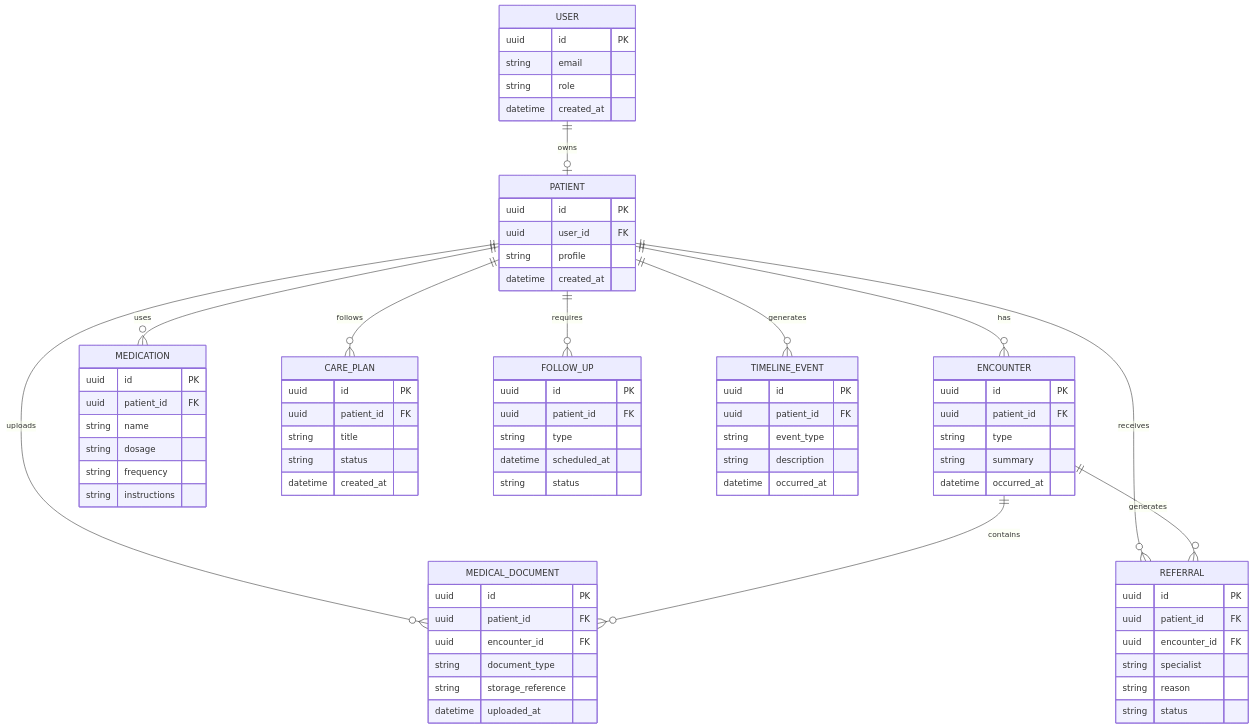
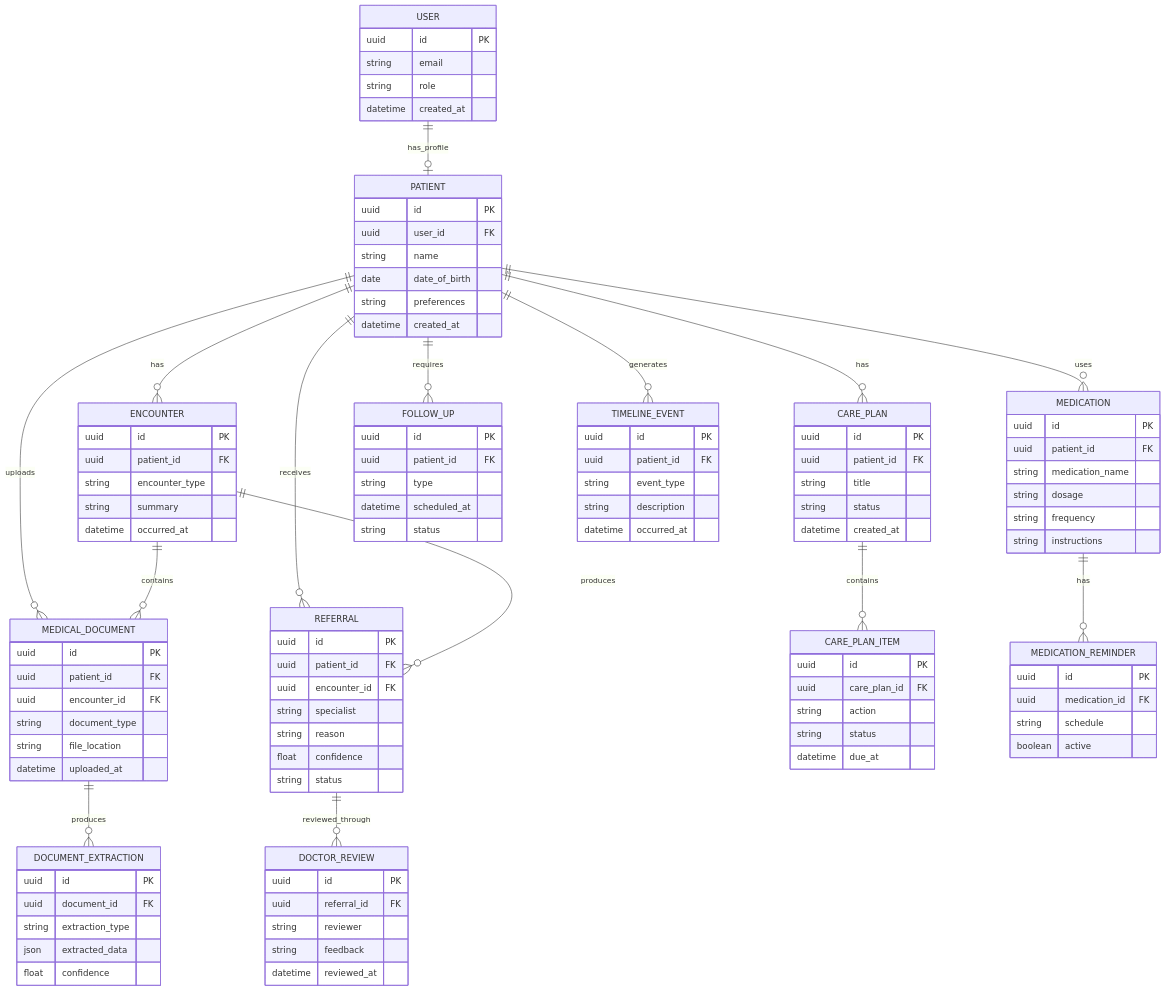
The ninth of 16 diagrams in README.md (IlIGODIlI/CarePath-AI), drawn with Mermaid before and after one commit. The commit also changed other lines of this file, not shown here.

````diff
--- a/README.md
+++ b/README.md
@@ -800,89 +731,111 @@
 ```mermaid
 erDiagram
-
-    USER ||--o| PATIENT : owns
-
+    USER ||--o| PATIENT : has_profile
     PATIENT ||--o{ ENCOUNTER : has
     PATIENT ||--o{ MEDICAL_DOCUMENT : uploads
     PATIENT ||--o{ MEDICATION : uses
     PATIENT ||--o{ REFERRAL : receives
-    PATIENT ||--o{ CARE_PLAN : follows
+    PATIENT ||--o{ CARE_PLAN : has
     PATIENT ||--o{ FOLLOW_UP : requires
     PATIENT ||--o{ TIMELINE_EVENT : generates
-
     ENCOUNTER ||--o{ MEDICAL_DOCUMENT : contains
-    ENCOUNTER ||--o{ REFERRAL : generates
-
+    ENCOUNTER ||--o{ REFERRAL : produces
+    MEDICAL_DOCUMENT ||--o{ DOCUMENT_EXTRACTION : produces
+    REFERRAL ||--o{ DOCTOR_REVIEW : reviewed_through
+    CARE_PLAN ||--o{ CARE_PLAN_ITEM : contains
+    MEDICATION ||--o{ MEDICATION_REMINDER : has
     USER {
-        uuid id PK
-        string email
-        string role
-        datetime created_at
+    uuid id PK
+    string email
+    string role
+    datetime created_at
     }
-
     PATIENT {
-        uuid id PK
-        uuid user_id FK
-        string profile
-        datetime created_at
+    uuid id PK
+    uuid user_id FK
+    string name
+    date date_of_birth
+    string preferences
+    datetime created_at
     }
-
     ENCOUNTER {
-        uuid id PK
-        uuid patient_id FK
-        string type
-        string summary
-        datetime occurred_at
+    uuid id PK
+    uuid patient_id FK
+    string encounter_type
+    string summary
+    datetime occurred_at
     }
-
     MEDICAL_DOCUMENT {
-        uuid id PK
-        uuid patient_id FK
-        uuid encounter_id FK
-        string document_type
-        string storage_reference
-        datetime uploaded_at
+    uuid id PK
+    uuid patient_id FK
+    uuid encounter_id FK
+    string document_type
+    string file_location
+    datetime uploaded_at
     }
-
+    DOCUMENT_EXTRACTION {
+    uuid id PK
+    uuid document_id FK
+    string extraction_type
+    json extracted_data
+    float confidence
+    }
     MEDICATION {
-        uuid id PK
-        uuid patient_id FK
-        string name
-        string dosage
-        string frequency
-        string instructions
+    uuid id PK
+    uuid patient_id FK
+    string medication_name
+    string dosage
+    string frequency
+    string instructions
     }
-
+    MEDICATION_REMINDER {
+    uuid id PK
+    uuid medication_id FK
+    string schedule
+    boolean active
+    }
     REFERRAL {
-        uuid id PK
-        uuid patient_id FK
-        uuid encounter_id FK
-        string specialist
-        string reason
-        string status
+    uuid id PK
+    uuid patient_id FK
+    uuid encounter_id FK
+    string specialist
+    string reason
+    float confidence
+    string status
     }
-
+    DOCTOR_REVIEW {
+    uuid id PK
+    uuid referral_id FK
+    string reviewer
+    string feedback
+    datetime reviewed_at
+    }
     CARE_PLAN {
-        uuid id PK
-        uuid patient_id FK
-        string title
-        string status
-        datetime created_at
+    uuid id PK
+    uuid patient_id FK
+    string title
+    string status
+    datetime created_at
     }
-
+    CARE_PLAN_ITEM {
+    uuid id PK
+    uuid care_plan_id FK
+    string action
+    string status
+    datetime due_at
+    }
     FOLLOW_UP {
-        uuid id PK
-        uuid patient_id FK
-        string type
-        datetime scheduled_at
-        string status
+    uuid id PK
+    uuid patient_id FK
+    string type
+    datetime scheduled_at
+    string status
     }
-
     TIMELINE_EVENT {
-        uuid id PK
-        uuid patient_id FK
-        string event_type
-        string description
-        datetime occurred_at
+    uuid id PK
+    uuid patient_id FK
+    string event_type
+    string description
+    datetime occurred_at
     }
 ```
````
